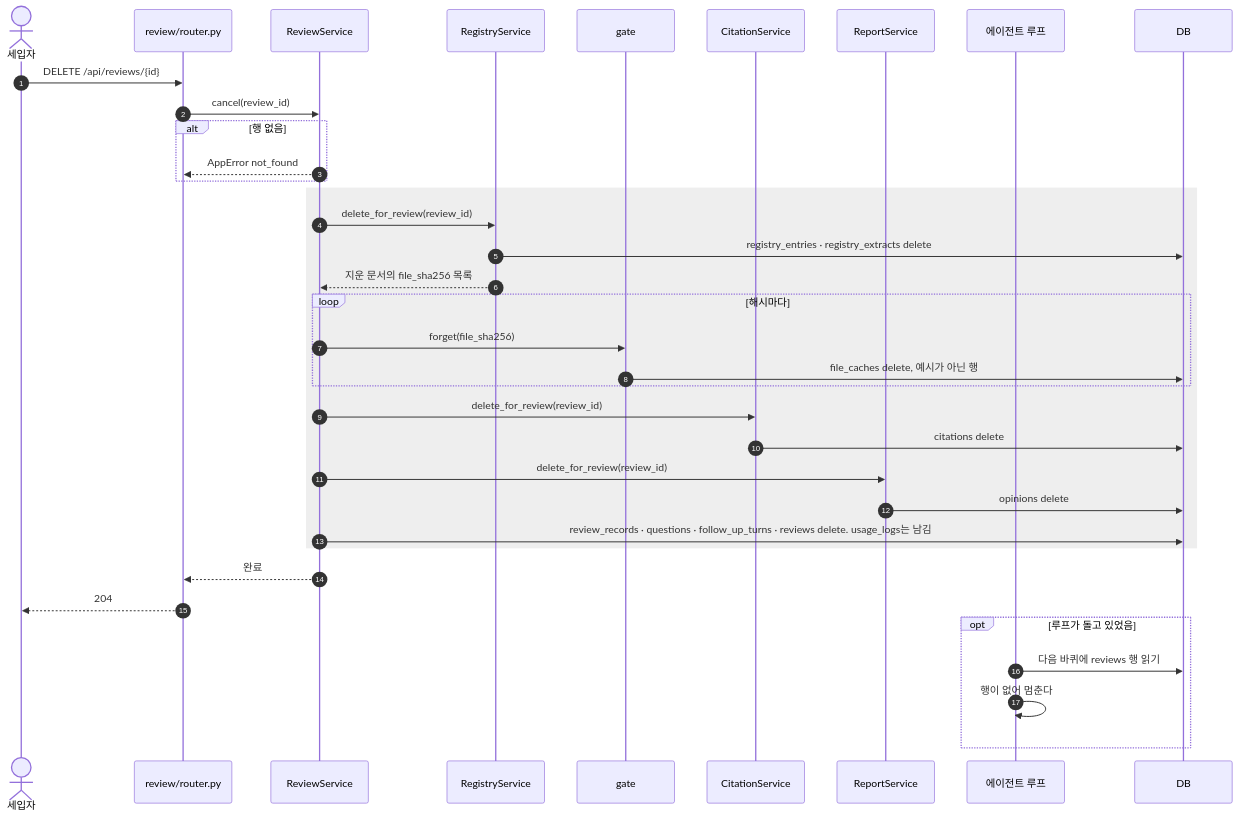
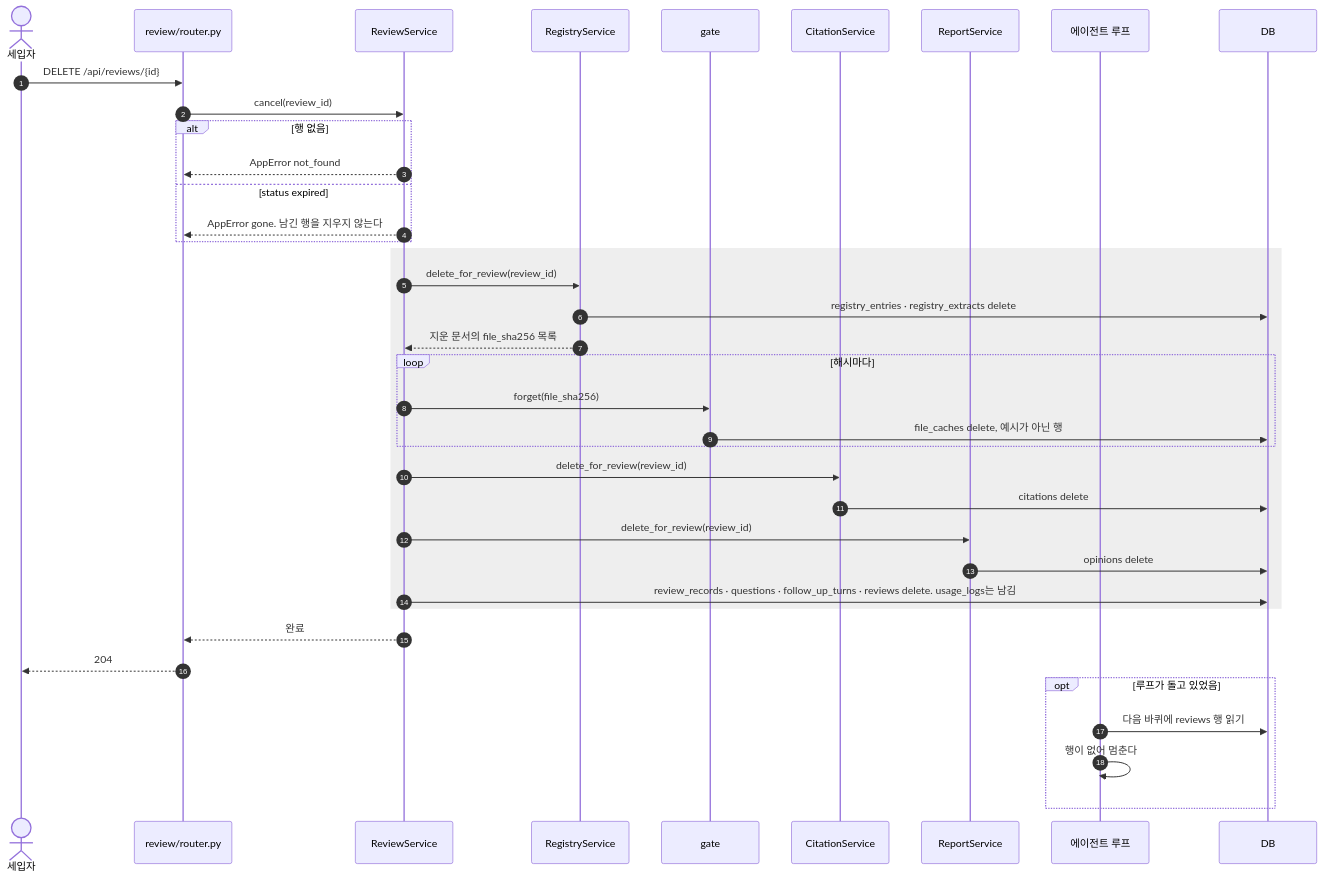
Diagram 15 of 20 in docs/specs/09-SEQ/JSD-SEQ-001.md (HoyoungParkme/deposit-guard), drawn with Mermaid before and after one commit. The commit also changed other lines of this file, not shown here.

````diff
--- a/docs/specs/09-SEQ/JSD-SEQ-001.md
+++ b/docs/specs/09-SEQ/JSD-SEQ-001.md
@@ -879,39 +897,41 @@
 ```mermaid
 sequenceDiagram
     autonumber
     actor U as 세입자
     participant WR as review/router.py
     participant RV as ReviewService
     participant RS as RegistryService
     participant GT as gate
     participant CT as CitationService
     participant RP as ReportService
     participant AG as 에이전트 루프
     participant DB
 
     U->>WR: DELETE /api/reviews/{id}
     WR->>RV: cancel(review_id)
     alt 행 없음
         RV-->>WR: AppError not_found
+    else status expired
+        RV-->>WR: AppError gone. 남긴 행을 지우지 않는다
     end
     rect rgb(238, 238, 238)
         RV->>RS: delete_for_review(review_id)
         RS->>DB: registry_entries · registry_extracts delete
         RS-->>RV: 지운 문서의 file_sha256 목록
         loop 해시마다
             RV->>GT: forget(file_sha256)
             GT->>DB: file_caches delete, 예시가 아닌 행
         end
         RV->>CT: delete_for_review(review_id)
         CT->>DB: citations delete
         RV->>RP: delete_for_review(review_id)
         RP->>DB: opinions delete
         RV->>DB: review_records · questions · follow_up_turns · reviews delete. usage_logs는 남김
     end
     RV-->>WR: 완료
     WR-->>U: 204
     opt 루프가 돌고 있었음
         AG->>DB: 다음 바퀴에 reviews 행 읽기
         AG->>AG: 행이 없어 멈춘다
     end
 ```
````
